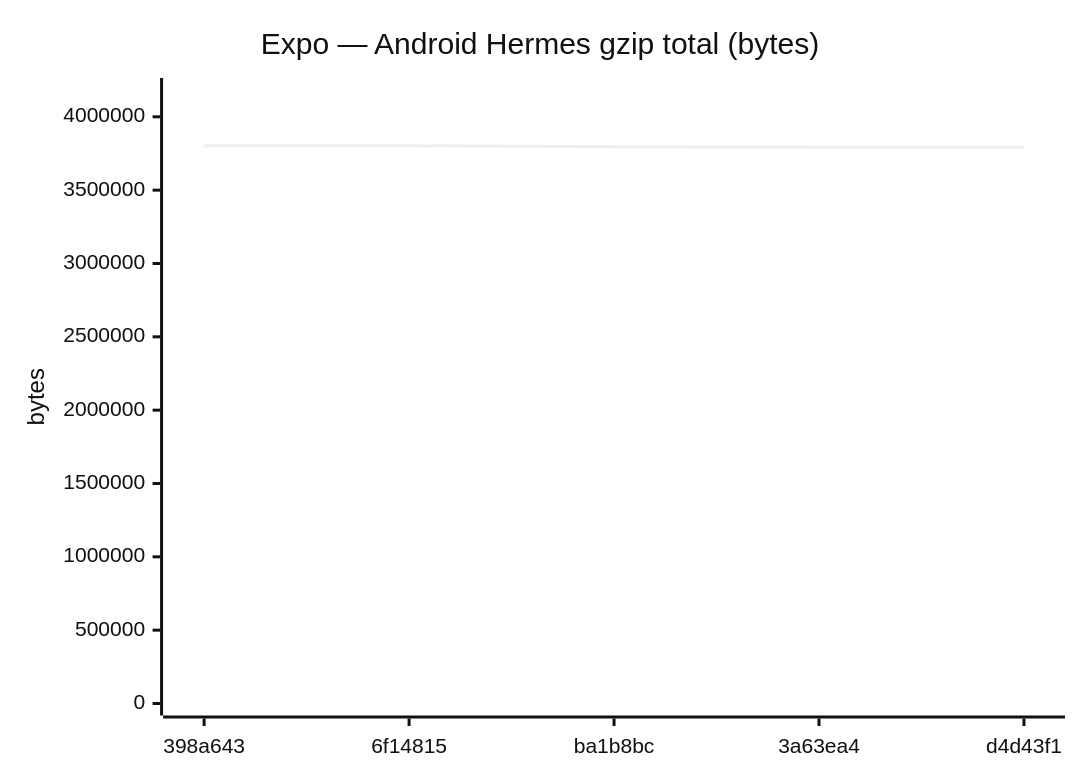
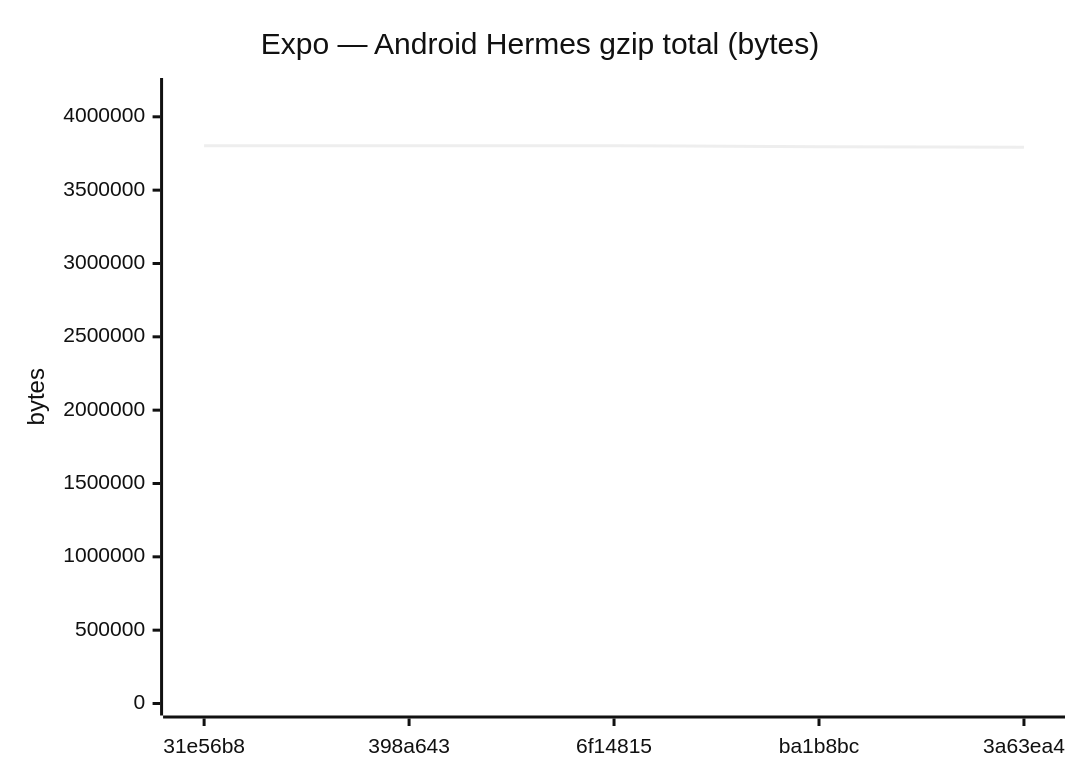
Diagram 11 of 18 in benchmarks/compare.md (Metaheurist/Rianell), drawn with Mermaid (neutral theme) before and after one commit. The commit also changed other lines of this file and 11 other files, not shown here.

````diff
--- a/benchmarks/compare.md
+++ b/benchmarks/compare.md
@@ -172,7 +172,7 @@
 ```mermaid
 xychart-beta
     title "Expo — Android Hermes gzip total (bytes)"
-    x-axis ["398a643", "6f14815", "ba1b8bc", "3a63ea4", "d4d43f1"]
-    y-axis "bytes" 0 --> 4182781
-    line [3802528, 3802527, 3796378, 3791714, 3791716]
+    x-axis ["31e56b8", "398a643", "6f14815", "ba1b8bc", "3a63ea4"]
+    y-axis "bytes" 0 --> 4182782
+    line [3802529, 3802528, 3802527, 3796378, 3791714]
 ```
````
